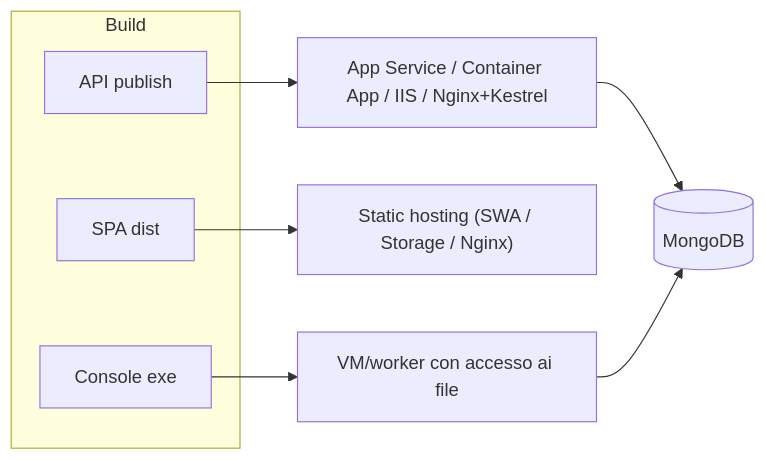
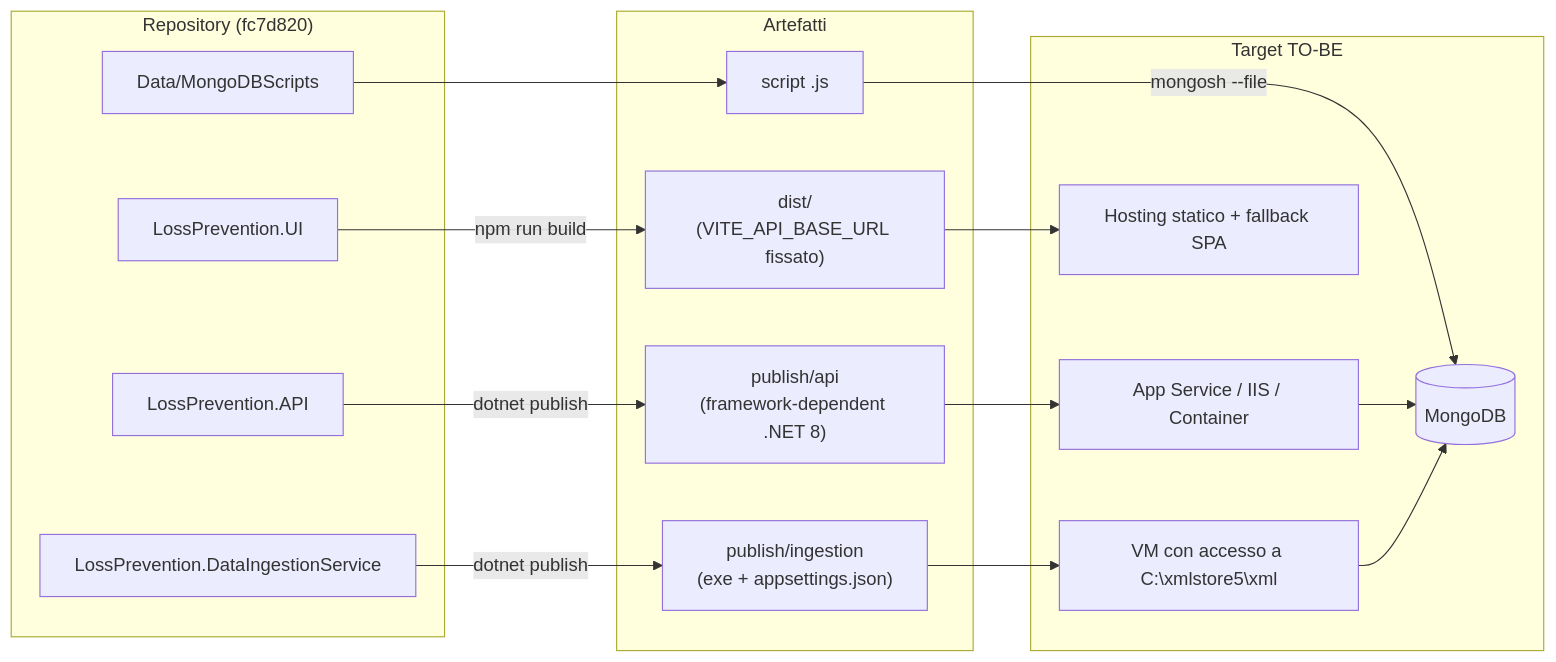
Before and after one commit to saristot/LOSS_PREVENTION: the first of 3 diagrams in customspa-it-loss-prevention-d098a8b97860/Docs/10_deployment.md, drawn with Mermaid. The commit also changed other lines of this file and 23 other files, not shown here.

````diff
--- a/customspa-it-loss-prevention-d098a8b97860/Docs/10_deployment.md
+++ b/customspa-it-loss-prevention-d098a8b97860/Docs/10_deployment.md
@@ -33,13 +77,31 @@
 ```mermaid
 flowchart LR
-  subgraph Build
-    A[API publish]
-    U[SPA dist]
-    C[Console exe]
+  subgraph SRC["Repository (fc7d820)"]
+    S1["LossPrevention.API"]
+    S2["LossPrevention.UI"]
+    S3["LossPrevention.DataIngestionService"]
+    S4["Data/MongoDBScripts"]
   end
-  A --> AS["App Service / Container App / IIS / Nginx+Kestrel"]
-  U --> ST["Static hosting (SWA / Storage / Nginx)"]
-  C --> VM["VM/worker con accesso ai file"]
-  AS --> DB[(MongoDB)]
-  VM --> DB
+  subgraph ART["Artefatti"]
+    A1["publish/api<br/>(framework-dependent .NET 8)"]
+    A2["dist/<br/>(VITE_API_BASE_URL fissato)"]
+    A3["publish/ingestion<br/>(exe + appsettings.json)"]
+    A4["script .js"]
+  end
+  subgraph TGT["Target TO-BE"]
+    T1["App Service / IIS / Container"]
+    T2["Hosting statico + fallback SPA"]
+    T3["VM con accesso a C:\xmlstore5\xml"]
+    T4[("MongoDB")]
+  end
+  S1 -->|"dotnet publish"| A1
+  S2 -->|"npm run build"| A2
+  S3 -->|"dotnet publish"| A3
+  S4 --> A4
+  A1 --> T1
+  A2 --> T2
+  A3 --> T3
+  A4 -->|"mongosh --file"| T4
+  T1 --> T4
+  T3 --> T4
 ```
````
